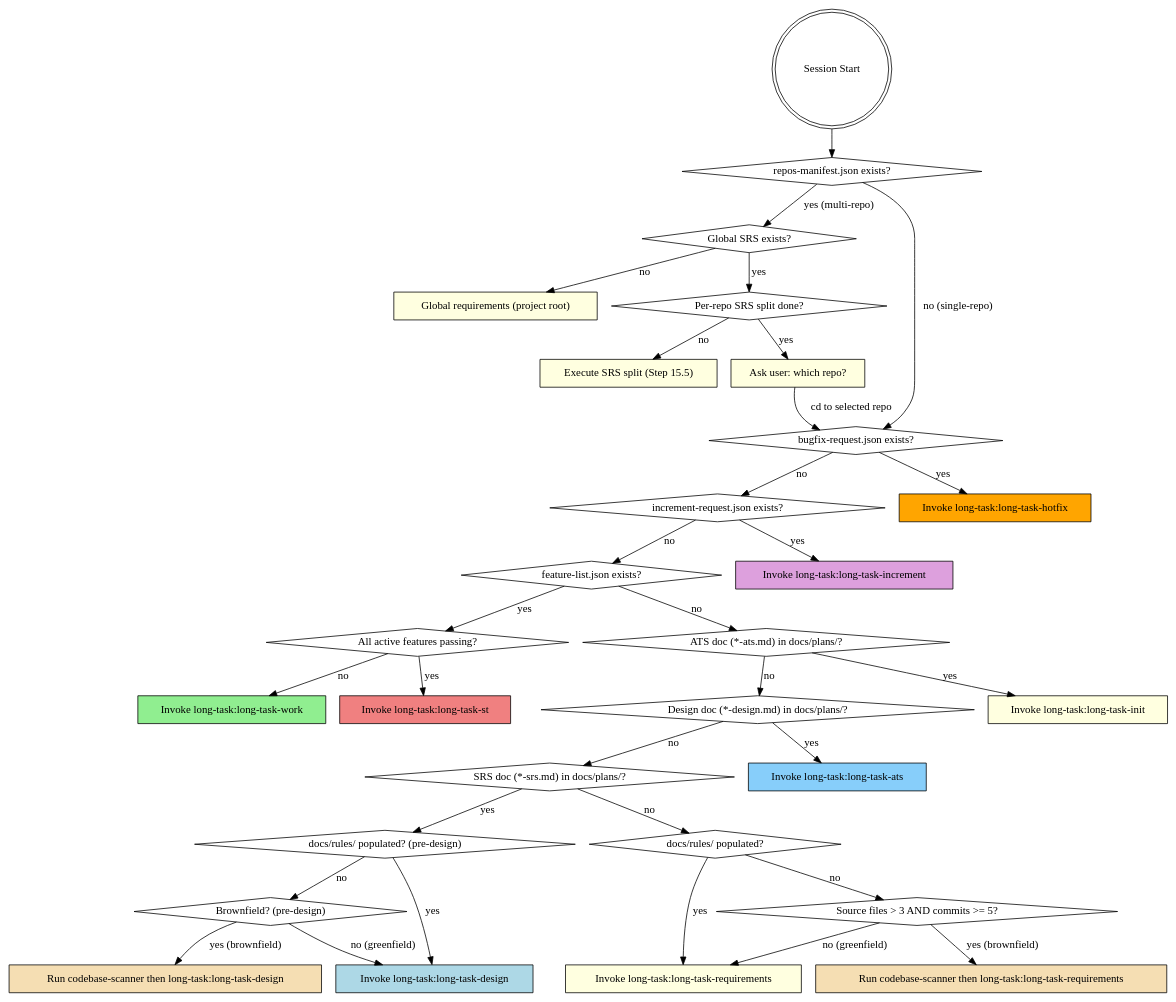
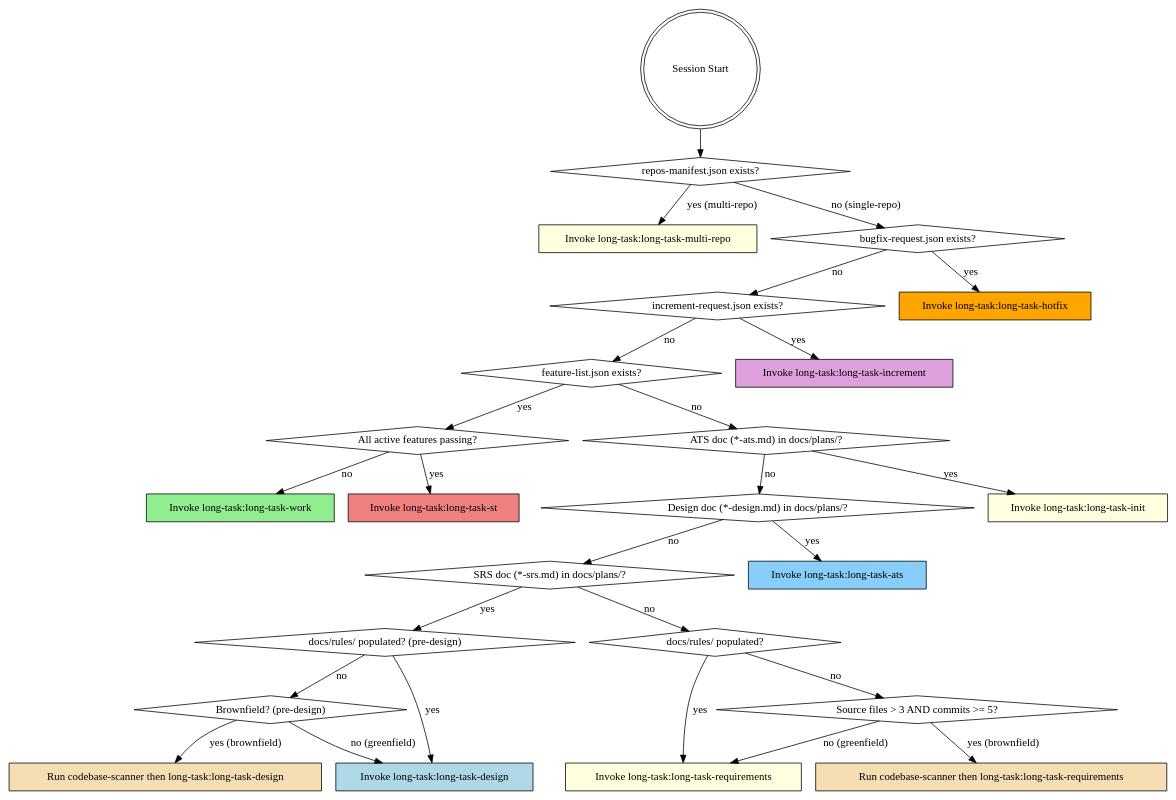
One commit to suriyel/longtaskforagent changed the diagram in skills/using-long-task/SKILL.md. Above: the diagram before and after it, drawn with Graphviz. The commit also changed other lines of this file and 13 other files, not shown here.

First line of the commit message:
feat: extract multi-repo logic into independent long-task-multi-repo skill

````diff
--- a/skills/using-long-task/SKILL.md
+++ b/skills/using-long-task/SKILL.md
@@ -24,64 +24,55 @@
 ```dot
 digraph phase_detection {
     "Session Start" [shape=doublecircle];
     "repos-manifest.json exists?" [shape=diamond];
-    "Global SRS exists?" [shape=diamond];
-    "Per-repo SRS split done?" [shape=diamond];
-    "Ask user: which repo?" [shape=box style=filled fillcolor=lightyellow];
-    "Global requirements (project root)" [shape=box style=filled fillcolor=lightyellow];
-    "Execute SRS split (Step 15.5)" [shape=box style=filled fillcolor=lightyellow];
+    "Invoke long-task:long-task-multi-repo" [shape=box style=filled fillcolor=lightyellow];
     "bugfix-request.json exists?" [shape=diamond];
     "increment-request.json exists?" [shape=diamond];
     "feature-list.json exists?" [shape=diamond];
     "All active features passing?" [shape=diamond];
     "Design doc (*-design.md) in docs/plans/?" [shape=diamond];
     "ATS doc (*-ats.md) in docs/plans/?" [shape=diamond];
     "SRS doc (*-srs.md) in docs/plans/?" [shape=diamond];
     "docs/rules/ populated? (pre-design)" [shape=diamond];
     "Brownfield? (pre-design)" [shape=diamond];
     "docs/rules/ populated?" [shape=diamond];
     "Source files > 3 AND commits >= 5?" [shape=diamond];
     "Invoke long-task:long-task-hotfix" [shape=box style=filled fillcolor=orange];
     "Invoke long-task:long-task-increment" [shape=box style=filled fillcolor=plum];
     "Invoke long-task:long-task-requirements" [shape=box style=filled fillcolor=lightyellow];
     "Run codebase-scanner then long-task:long-task-requirements" [shape=box style=filled fillcolor=wheat];
     "Run codebase-scanner then long-task:long-task-design" [shape=box style=filled fillcolor=wheat];
     "Invoke long-task:long-task-design" [shape=box style=filled fillcolor=lightblue];
     "Invoke long-task:long-task-ats" [shape=box style=filled fillcolor=lightskyblue];
     "Invoke long-task:long-task-init" [shape=box style=filled fillcolor=lightyellow];
     "Invoke long-task:long-task-work" [shape=box style=filled fillcolor=lightgreen];
     "Invoke long-task:long-task-st" [shape=box style=filled fillcolor=lightcoral];
 
     "Session Start" -> "repos-manifest.json exists?";
-    "repos-manifest.json exists?" -> "Global SRS exists?" [label="yes (multi-repo)"];
+    "repos-manifest.json exists?" -> "Invoke long-task:long-task-multi-repo" [label="yes (multi-repo)"];
     "repos-manifest.json exists?" -> "bugfix-request.json exists?" [label="no (single-repo)"];
-    "Global SRS exists?" -> "Global requirements (project root)" [label="no"];
-    "Global SRS exists?" -> "Per-repo SRS split done?" [label="yes"];
-    "Per-repo SRS split done?" -> "Execute SRS split (Step 15.5)" [label="no"];
-    "Per-repo SRS split done?" -> "Ask user: which repo?" [label="yes"];
-    "Ask user: which repo?" -> "bugfix-request.json exists?" [label="cd to selected repo"];
 
     "bugfix-request.json exists?" -> "Invoke long-task:long-task-hotfix" [label="yes"];
     "bugfix-request.json exists?" -> "increment-request.json exists?" [label="no"];
     "increment-request.json exists?" -> "Invoke long-task:long-task-increment" [label="yes"];
     "increment-request.json exists?" -> "feature-list.json exists?" [label="no"];
     "feature-list.json exists?" -> "All active features passing?" [label="yes"];
     "All active features passing?" -> "Invoke long-task:long-task-st" [label="yes"];
     "All active features passing?" -> "Invoke long-task:long-task-work" [label="no"];
     "feature-list.json exists?" -> "ATS doc (*-ats.md) in docs/plans/?" [label="no"];
     "ATS doc (*-ats.md) in docs/plans/?" -> "Invoke long-task:long-task-init" [label="yes"];
     "ATS doc (*-ats.md) in docs/plans/?" -> "Design doc (*-design.md) in docs/plans/?" [label="no"];
     "Design doc (*-design.md) in docs/plans/?" -> "Invoke long-task:long-task-ats" [label="yes"];
     "Design doc (*-design.md) in docs/plans/?" -> "SRS doc (*-srs.md) in docs/plans/?" [label="no"];
     "SRS doc (*-srs.md) in docs/plans/?" -> "docs/rules/ populated? (pre-design)" [label="yes"];
     "docs/rules/ populated? (pre-design)" -> "Invoke long-task:long-task-design" [label="yes"];
     "docs/rules/ populated? (pre-design)" -> "Brownfield? (pre-design)" [label="no"];
     "Brownfield? (pre-design)" -> "Run codebase-scanner then long-task:long-task-design" [label="yes (brownfield)"];
     "Brownfield? (pre-design)" -> "Invoke long-task:long-task-design" [label="no (greenfield)"];
     "SRS doc (*-srs.md) in docs/plans/?" -> "docs/rules/ populated?" [label="no"];
     "docs/rules/ populated?" -> "Invoke long-task:long-task-requirements" [label="yes"];
     "docs/rules/ populated?" -> "Source files > 3 AND commits >= 5?" [label="no"];
     "Source files > 3 AND commits >= 5?" -> "Run codebase-scanner then long-task:long-task-requirements" [label="yes (brownfield)"];
     "Source files > 3 AND commits >= 5?" -> "Invoke long-task:long-task-requirements" [label="no (greenfield)"];
 }
 ```
````
